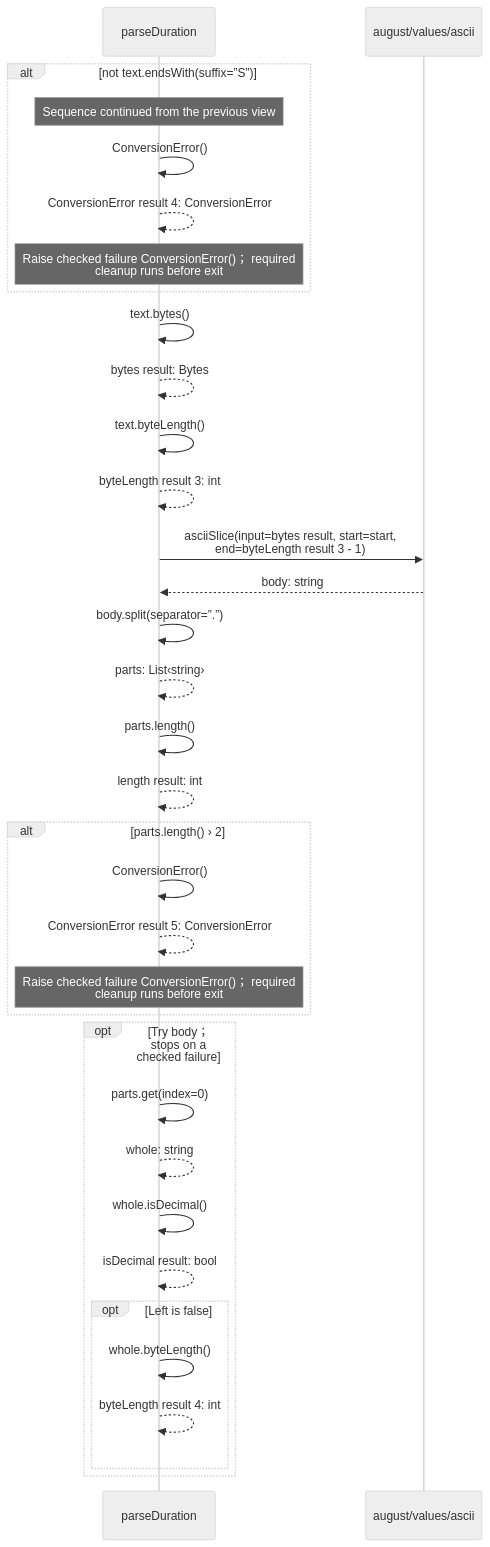
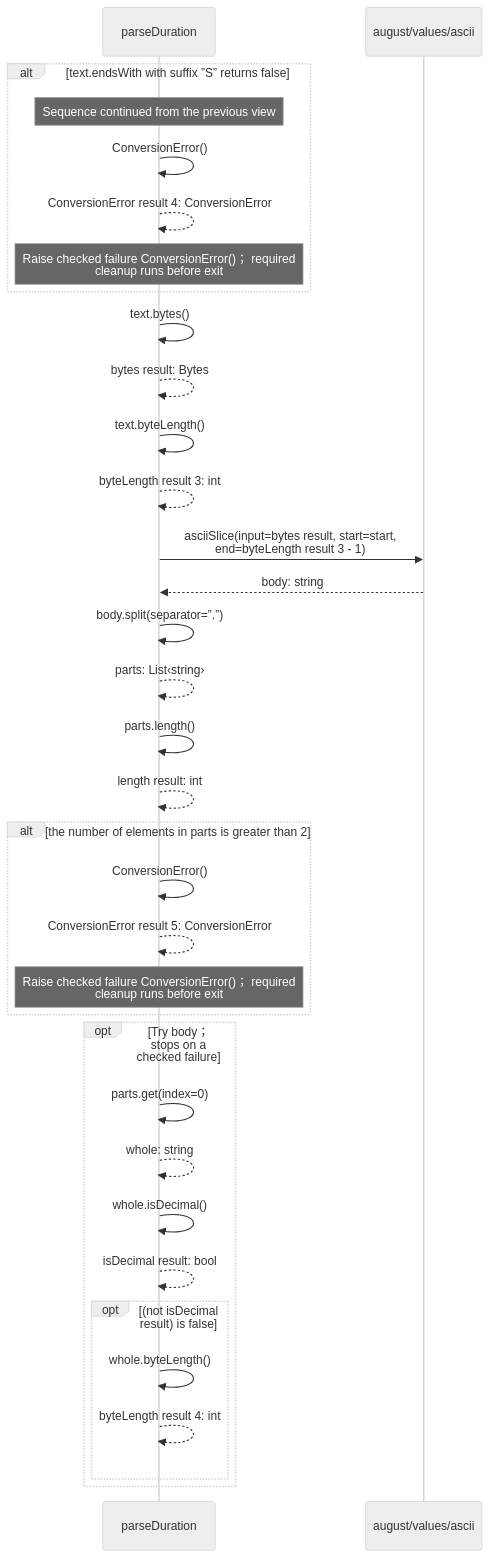
One commit to GreenPandaStudios/augscript changed the second of 8 diagrams in src/stdlib/values/durations.aug.diagrams.md. Above: the diagram before and after it, drawn with Mermaid (neutral theme). The commit also changed other lines of this file and 658 other files, not shown here.

````diff
--- a/src/stdlib/values/durations.aug.diagrams.md
+++ b/src/stdlib/values/durations.aug.diagrams.md
@@ -70,36 +81,36 @@
 ```mermaid
 sequenceDiagram
     participant p0 as parseDuration
     participant p1 as august/values/ascii
-    alt not text.endsWith(suffix=”S”)
+    alt text.endsWith with suffix ”S” returns false
     Note over p0: Sequence continued from the previous view
     p0->>p0: ConversionError()
     p0-->>p0: ConversionError result 4: ConversionError
     Note over p0: Raise checked failure ConversionError()； required<br/>cleanup runs before exit
     end
     p0->>p0: text.bytes()
     p0-->>p0: bytes result: Bytes
     p0->>p0: text.byteLength()
     p0-->>p0: byteLength result 3: int
     p0->>p1: asciiSlice(input=bytes result, start=start,<br/>end=byteLength result 3 - 1)
     p1-->>p0: body: string
     p0->>p0: body.split(separator=”.”)
     p0-->>p0: parts: List‹string›
     p0->>p0: parts.length()
     p0-->>p0: length result: int
-    alt parts.length() › 2
+    alt the number of elements in parts is greater than 2
     p0->>p0: ConversionError()
     p0-->>p0: ConversionError result 5: ConversionError
     Note over p0: Raise checked failure ConversionError()； required<br/>cleanup runs before exit
     end
     opt Try body； stops on a checked failure
     p0->>p0: parts.get(index=0)
     p0-->>p0: whole: string
     p0->>p0: whole.isDecimal()
     p0-->>p0: isDecimal result: bool
-    opt Left is false
+    opt (not isDecimal result) is false
     p0->>p0: whole.byteLength()
     p0-->>p0: byteLength result 4: int
     end
     end
 ```
````
